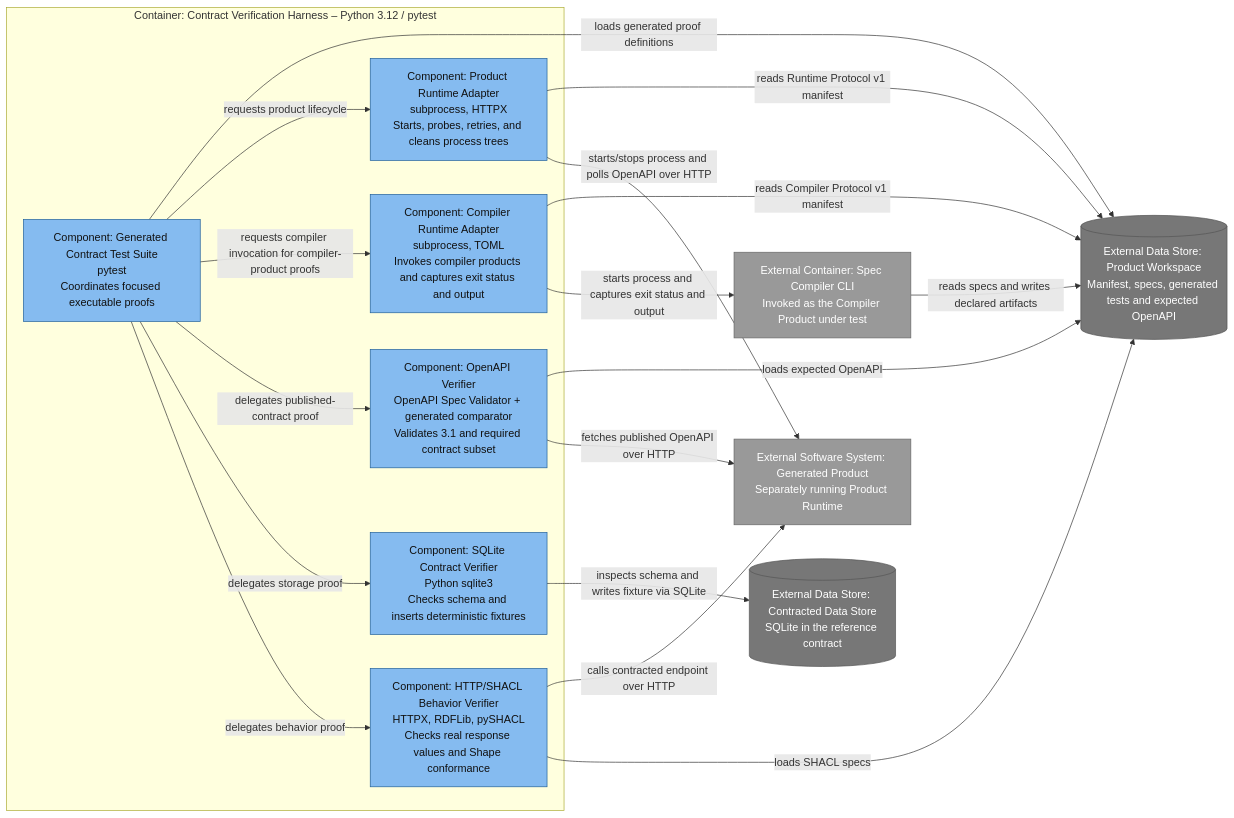
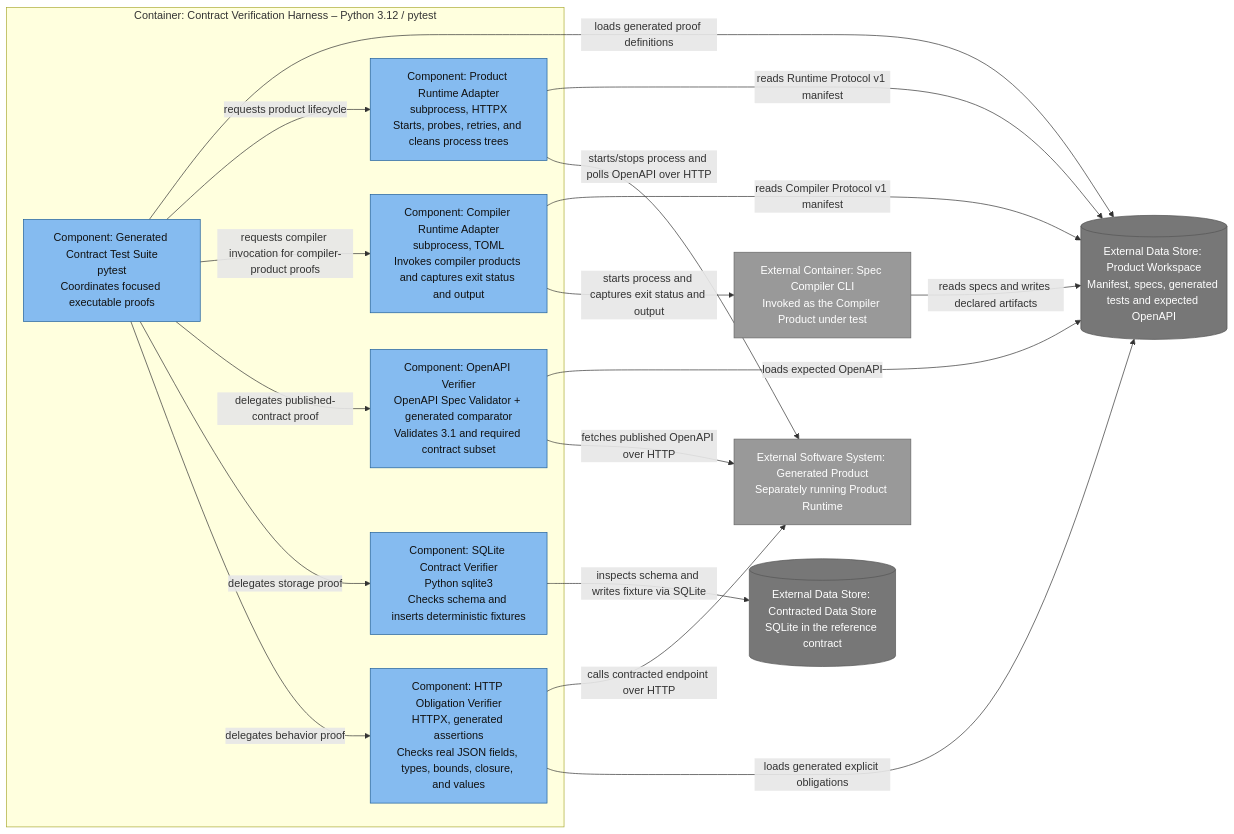
Before and after one commit to arturmiller/spec-compiler: the fifth of 5 diagrams in docs/architecture/c4.md, drawn with Mermaid. The commit also changed other lines of this file and 11 other files, not shown here.

Commit message:
Generate tests from explicit obligations

````diff
--- a/docs/architecture/c4.md
+++ b/docs/architecture/c4.md
@@ -227,40 +227,40 @@
 ```mermaid
 flowchart LR
     workspace[("External Data Store: Product Workspace<br/>Manifest, specs, generated tests and expected OpenAPI")]
     runtime["External Software System: Generated Product<br/>Separately running Product Runtime"]
     compiler_product["External Container: Spec Compiler CLI<br/>Invoked as the Compiler Product under test"]
     database[("External Data Store: Contracted Data Store<br/>SQLite in the reference contract")]
 
     subgraph harness_boundary["Container: Contract Verification Harness – Python 3.12 / pytest"]
         suite["Component: Generated Contract Test Suite<br/>pytest<br/>Coordinates focused executable proofs"]
         adapter["Component: Product Runtime Adapter<br/>subprocess, HTTPX<br/>Starts, probes, retries, and cleans process trees"]
         compiler_adapter["Component: Compiler Runtime Adapter<br/>subprocess, TOML<br/>Invokes compiler products and captures exit status and output"]
         api["Component: OpenAPI Verifier<br/>OpenAPI Spec Validator + generated comparator<br/>Validates 3.1 and required contract subset"]
         sql["Component: SQLite Contract Verifier<br/>Python sqlite3<br/>Checks schema and inserts deterministic fixtures"]
-        behavior["Component: HTTP/SHACL Behavior Verifier<br/>HTTPX, RDFLib, pySHACL<br/>Checks real response values and Shape conformance"]
+        behavior["Component: HTTP Obligation Verifier<br/>HTTPX, generated assertions<br/>Checks real JSON fields, types, bounds, closure, and values"]
     end
 
     suite -->|"loads generated proof definitions"| workspace
     suite -->|"requests product lifecycle"| adapter
     adapter -->|"reads Runtime Protocol v1 manifest"| workspace
     adapter -->|"starts/stops process and polls OpenAPI over HTTP"| runtime
     suite -->|"requests compiler invocation for compiler-product proofs"| compiler_adapter
     compiler_adapter -->|"reads Compiler Protocol v1 manifest"| workspace
     compiler_adapter -->|"starts process and captures exit status and output"| compiler_product
     compiler_product -->|"reads specs and writes declared artifacts"| workspace
     suite -->|"delegates published-contract proof"| api
     api -->|"loads expected OpenAPI"| workspace
     api -->|"fetches published OpenAPI over HTTP"| runtime
     suite -->|"delegates storage proof"| sql
     sql -->|"inspects schema and writes fixture via SQLite"| database
     suite -->|"delegates behavior proof"| behavior
     behavior -->|"calls contracted endpoint over HTTP"| runtime
-    behavior -->|"loads SHACL specs"| workspace
+    behavior -->|"loads generated explicit obligations"| workspace
 
     classDef component fill:#85bbf0,stroke:#1f5f99,color:#111;
     classDef external fill:#999,stroke:#666,color:#fff;
     classDef datastore fill:#777,stroke:#555,color:#fff;
     class suite,adapter,compiler_adapter,api,sql,behavior component;
     class runtime,compiler_product external;
     class workspace,database datastore;
 ```
````
